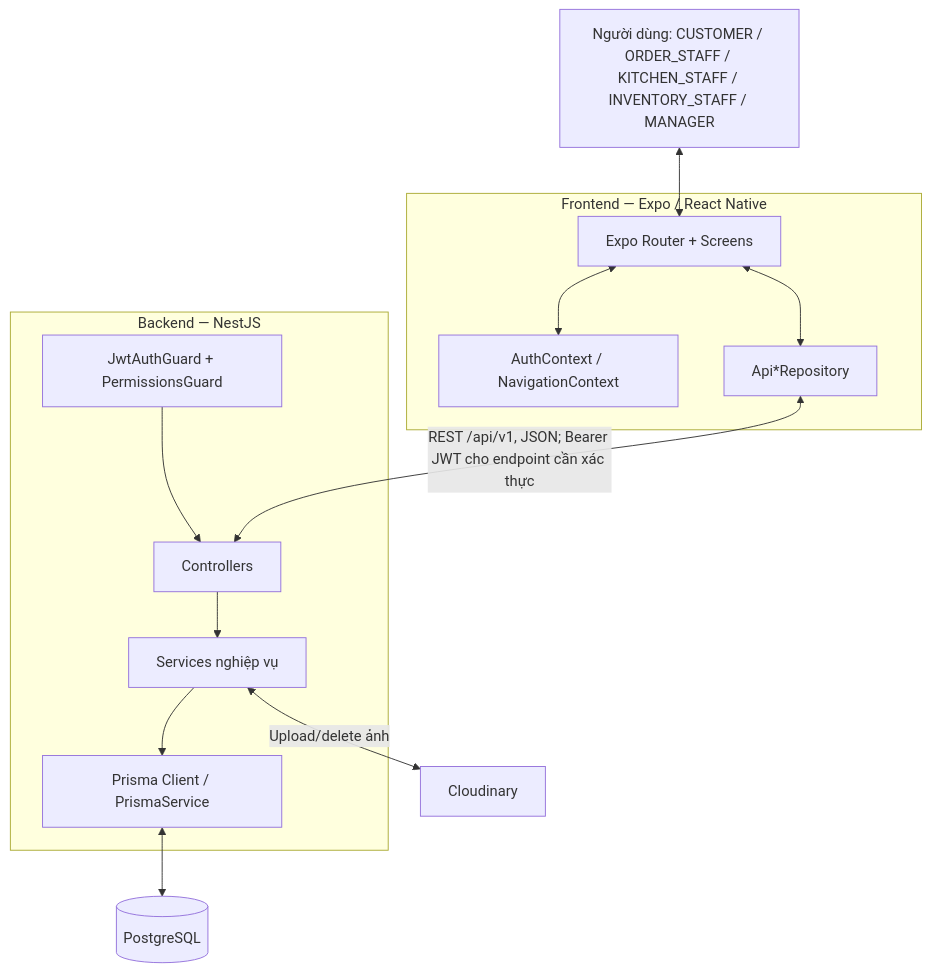
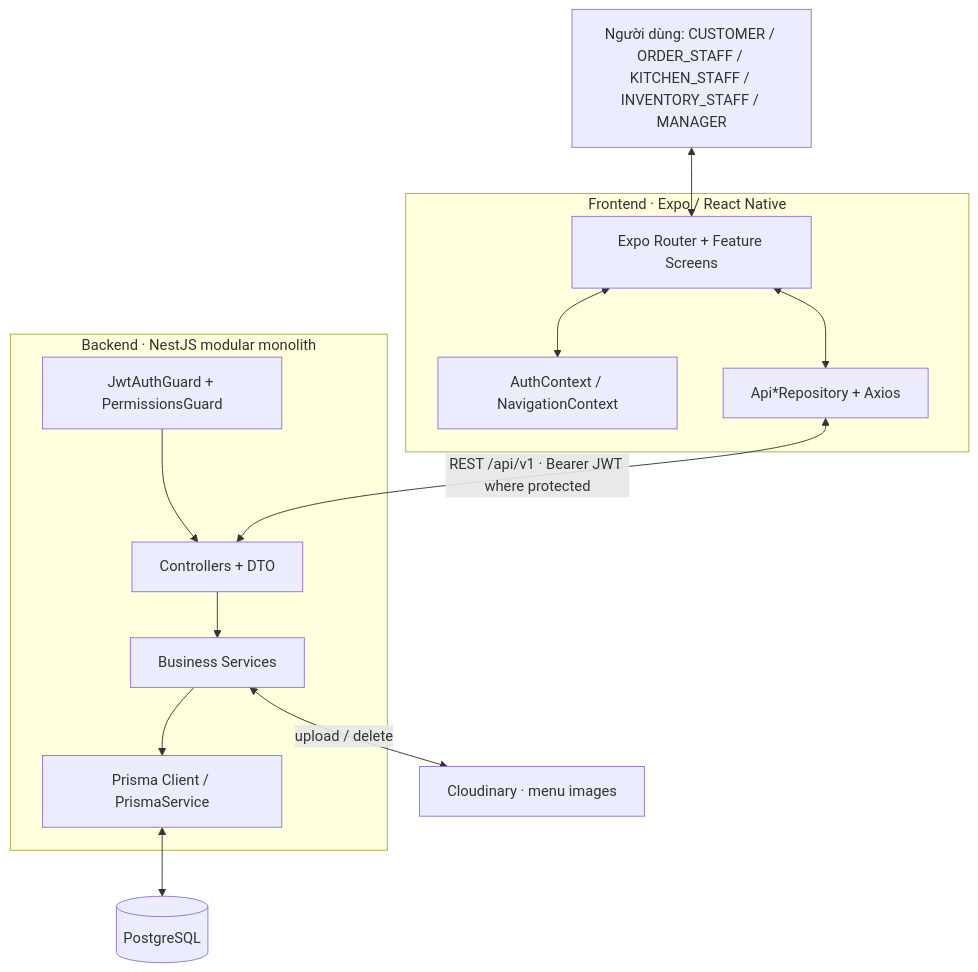
One commit to NTMHuy/ResMan changed the diagram in docs/analysis/diagrams/architecture.mmd. Above: the diagram before and after it, drawn with Mermaid. The commit also changed 5 other files, not shown here.

```diff
--- a/docs/analysis/diagrams/architecture.mmd
+++ b/docs/analysis/diagrams/architecture.mmd
@@ -1,22 +1,22 @@
 flowchart TB
   U["Người dùng: CUSTOMER / ORDER_STAFF / KITCHEN_STAFF / INVENTORY_STAFF / MANAGER"]
-  subgraph FE["Frontend — Expo / React Native"]
-    UI["Expo Router + Screens"]
+  subgraph FE["Frontend · Expo / React Native"]
+    UI["Expo Router + Feature Screens"]
     CTX["AuthContext / NavigationContext"]
-    REPO["Api*Repository"]
+    REPO["Api*Repository + Axios"]
     UI <--> CTX
     UI <--> REPO
   end
-  subgraph BE["Backend — NestJS"]
-    CTRL["Controllers"]
+  subgraph BE["Backend · NestJS modular monolith"]
     GUARD["JwtAuthGuard + PermissionsGuard"]
-    SVC["Services nghiệp vụ"]
+    CTRL["Controllers + DTO"]
+    SVC["Business Services"]
     PRISMA["Prisma Client / PrismaService"]
     GUARD --> CTRL --> SVC --> PRISMA
   end
   DB[("PostgreSQL")]
-  CLOUD["Cloudinary"]
+  CLOUD["Cloudinary · menu images"]
   U <--> UI
-  REPO <-->|"REST /api/v1, JSON; Bearer JWT cho endpoint cần xác thực"| CTRL
+  REPO <-->|"REST /api/v1 · Bearer JWT where protected"| CTRL
   PRISMA <--> DB
-  SVC <-->|"Upload/delete ảnh"| CLOUD
+  SVC <-->|"upload / delete"| CLOUD
```
